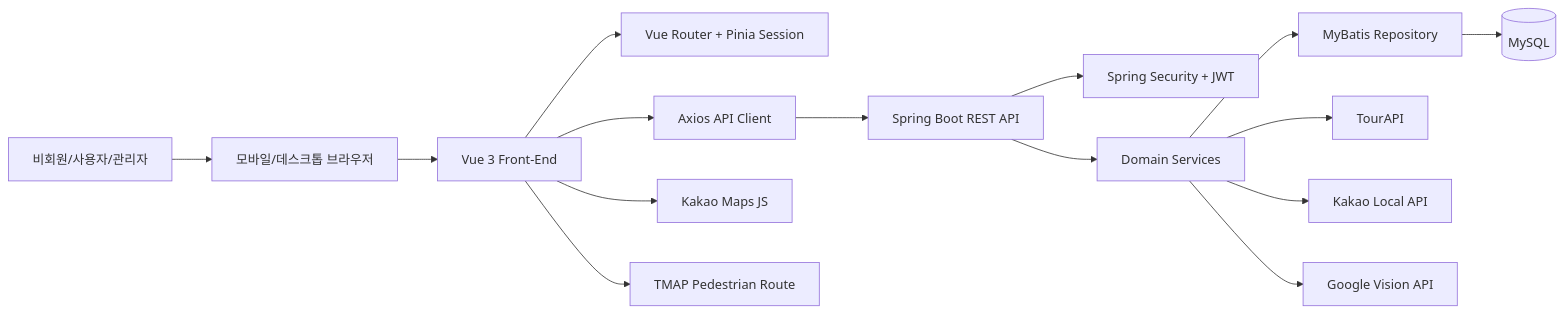
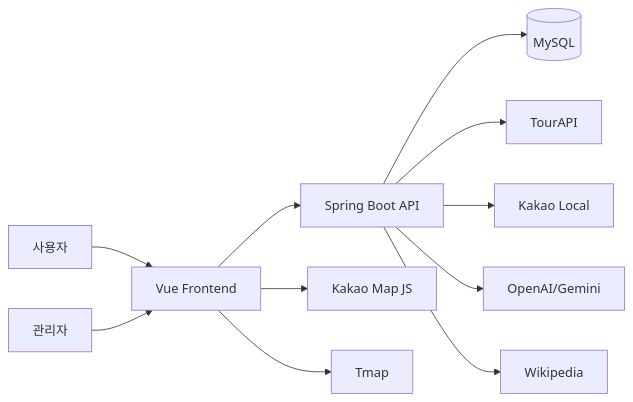
One commit to kanghyunsoon/operation-seoul changed the first of 3 diagrams in docs/02_DESIGN_DOCUMENT.md. Above: the diagram before and after it, drawn with Mermaid. The commit also changed other lines of this file and 21 other files, not shown here.

````diff
--- a/docs/02_DESIGN_DOCUMENT.md
+++ b/docs/02_DESIGN_DOCUMENT.md
@@ -5,17 +5,13 @@
 ```mermaid
 flowchart LR
-    Guest[비회원/사용자/관리자] --> Browser[모바일/데스크톱 브라우저]
-    Browser --> Vue[Vue 3 Front-End]
-    Vue --> Router[Vue Router + Pinia Session]
-    Vue --> Axios[Axios API Client]
-    Axios --> Spring[Spring Boot REST API]
-    Spring --> Security[Spring Security + JWT]
-    Spring --> Service[Domain Services]
-    Service --> MyBatis[MyBatis Repository]
-    MyBatis --> MySQL[(MySQL)]
-    Service --> TourAPI[TourAPI]
-    Service --> KakaoLocal[Kakao Local API]
-    Service --> GoogleVision[Google Vision API]
-    Vue --> KakaoMap[Kakao Maps JS]
-    Vue --> Tmap[TMAP Pedestrian Route]
+    User[사용자] --> FE[Vue Frontend]
+    Admin[관리자] --> FE
+    FE --> API[Spring Boot API]
+    API --> DB[(MySQL)]
+    API --> Tour[TourAPI]
+    API --> Kakao[Kakao Local]
+    API --> AI[OpenAI/Gemini]
+    API --> Wiki[Wikipedia]
+    FE --> Map[Kakao Map JS]
+    FE --> Tmap[Tmap]
 ```
````
